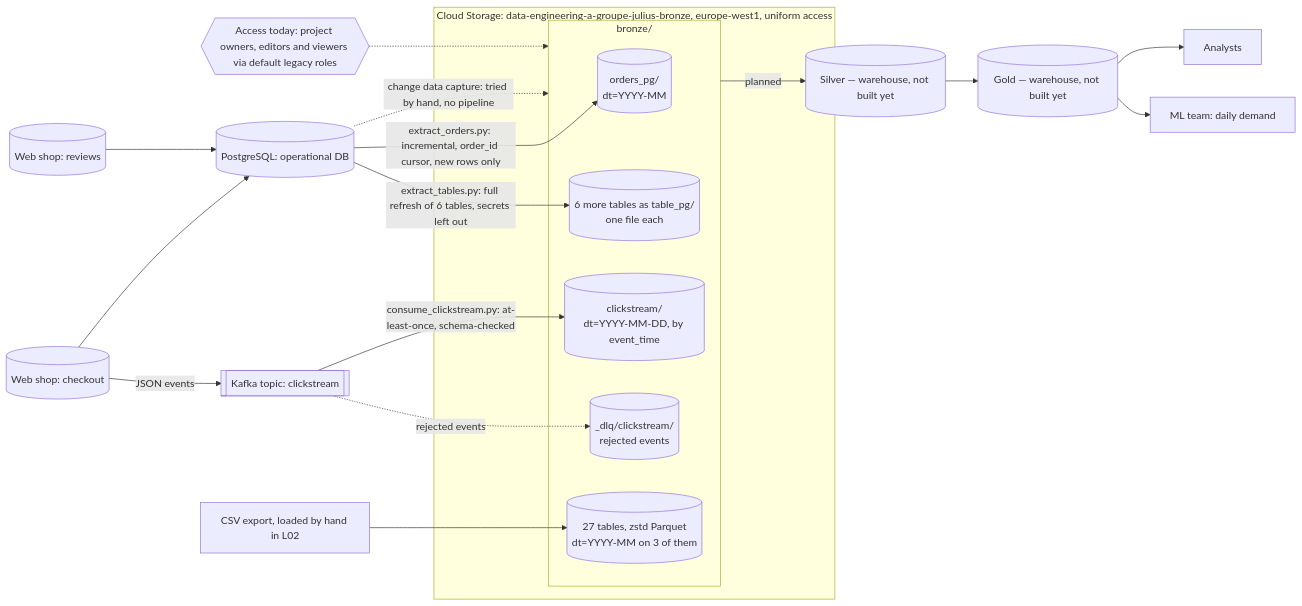
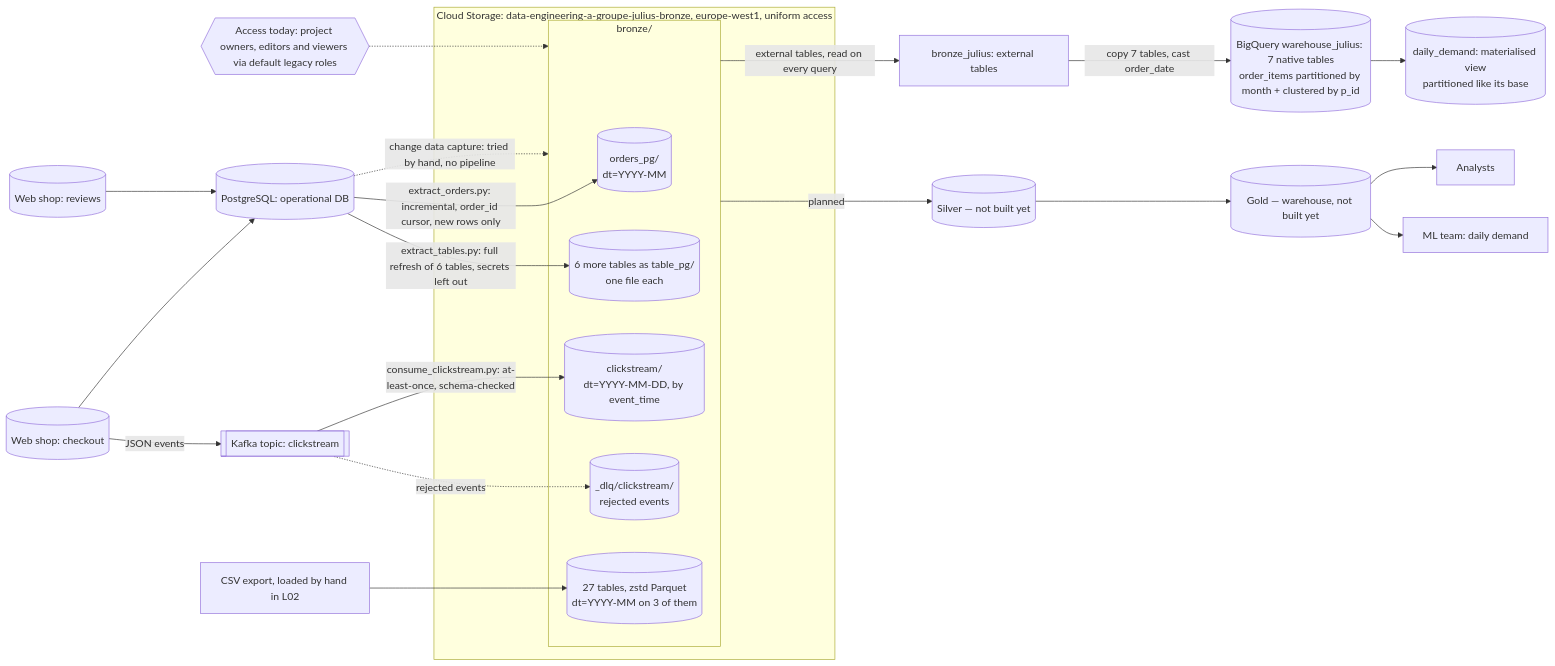
The diagram in docs/architecture.md (JuliusHayter/de-platform-template), drawn with Mermaid before and after one commit. The commit also changed other lines of this file and 11 other files, not shown here.

First line of the commit message:
ADD: Make bronze queryable in BigQuery, tuned and capped

````diff
--- a/docs/architecture.md
+++ b/docs/architecture.md
@@ -19,29 +19,32 @@
 ```mermaid
 flowchart LR
   checkout[(Web shop: checkout)] --> pg[(PostgreSQL: operational DB)]
   reviews[(Web shop: reviews)] --> pg
   checkout -->|JSON events| kafka[[Kafka topic: clickstream]]
 
   pg -->|"extract_orders.py: incremental, order_id cursor, new rows only"| orders_pg
   pg -->|"extract_tables.py: full refresh of 6 tables, secrets left out"| tables_pg
   kafka -->|"consume_clickstream.py: at-least-once, schema-checked"| clickstream
   kafka -.->|"rejected events"| dlq
   pg -.->|"change data capture: tried by hand, no pipeline"| bronze
   csv[CSV export, loaded by hand in L02] --> tables
 
   subgraph gcs[Cloud Storage: data-engineering-a-groupe-julius-bronze, europe-west1, uniform access]
     subgraph bronze[bronze/]
       tables[(27 tables, zstd Parquet<br/>dt=YYYY-MM on 3 of them)]
       orders_pg[(orders_pg/<br/>dt=YYYY-MM)]
       tables_pg[(6 more tables as table_pg/<br/>one file each)]
       clickstream[(clickstream/<br/>dt=YYYY-MM-DD, by event_time)]
       dlq[(_dlq/clickstream/<br/>rejected events)]
     end
   end
 
   access{{Access today: project owners, editors and viewers via default legacy roles}} -.-> bronze
-  bronze -->|planned| silver[(Silver — warehouse, not built yet)]
+  bronze -->|"external tables, read on every query"| ext[bronze_julius: external tables]
+  ext -->|"copy 7 tables, cast order_date"| wh[(BigQuery warehouse_julius: 7 native tables<br/>order_items partitioned by month + clustered by p_id)]
+  wh --> mv[(daily_demand: materialised view<br/>partitioned like its base)]
+  bronze -->|planned| silver[(Silver — not built yet)]
   silver --> gold[(Gold — warehouse, not built yet)]
   gold --> analysts[Analysts]
   gold --> ml[ML team: daily demand]
 ```
````
